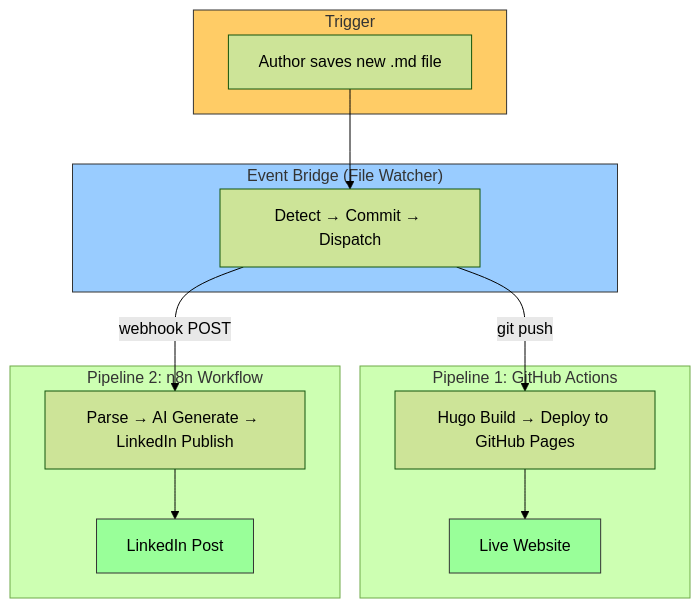
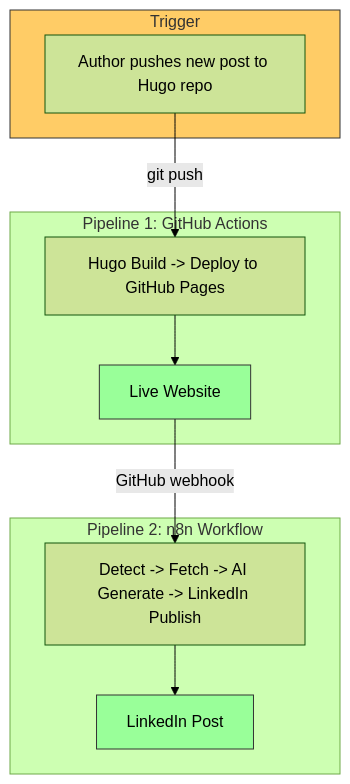
One commit to thatsmeadarsh/n8n-powered-auto-web-publish changed the diagram in README.md. Above: the diagram before and after it, drawn with Mermaid (forest theme). The commit also changed other lines of this file and 7 other files, not shown here.

First line of the commit message:
Replace fswatch watcher with GitHub webhook trigger in n8n

````diff
--- a/README.md
+++ b/README.md
@@ -11,29 +11,23 @@
 ```mermaid
 graph TB
     subgraph Event["Trigger"]
-        A["Author saves new .md file"]
-    end
-
-    subgraph Bridge["Event Bridge (File Watcher)"]
-        B["Detect → Commit → Dispatch"]
+        A["Author pushes new post to Hugo repo"]
     end
 
     subgraph Pipeline1["Pipeline 1: GitHub Actions"]
-        C["Hugo Build → Deploy to GitHub Pages"]
+        C["Hugo Build -> Deploy to GitHub Pages"]
         D["Live Website"]
     end
 
     subgraph Pipeline2["Pipeline 2: n8n Workflow"]
-        E["Parse → AI Generate → LinkedIn Publish"]
+        E["Detect -> Fetch -> AI Generate -> LinkedIn Publish"]
         F["LinkedIn Post"]
     end
 
-    A --> B
-    B -->|"git push"| C --> D
-    B -->|"webhook POST"| E --> F
+    A -->|"git push"| C --> D
+    D -->|"GitHub webhook"| E --> F
 
     style Event fill:#ffcc66,stroke:#333
-    style Bridge fill:#99ccff,stroke:#333
     style D fill:#99ff99,stroke:#333
     style F fill:#99ff99,stroke:#333
 ```
````
